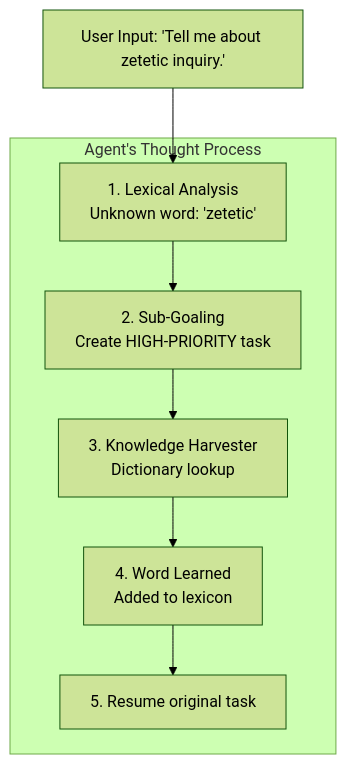
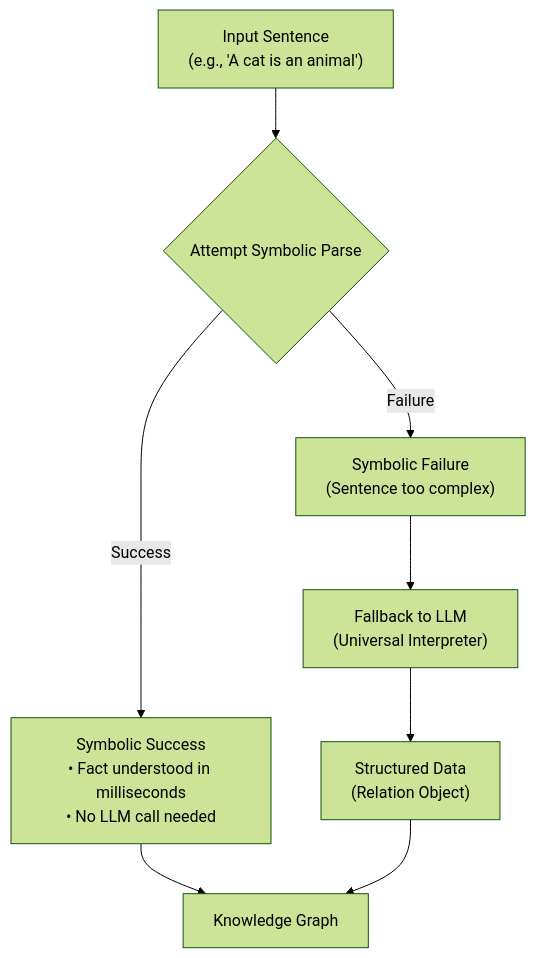
One commit to vicsanity623/Axiom-Agent changed the second of 3 diagrams in README.md. Above: the diagram before and after it, drawn with Mermaid. The commit also changed other lines of this file and 26 other files, not shown here.

````diff
--- a/README.md
+++ b/README.md
@@ -120,15 +49,14 @@
 ```mermaid
-%%{init: {"theme": "forest"}}%%
-graph TD
-    A["User Input: 'Tell me about zetetic inquiry.'"]
-    
-    subgraph ThoughtProcess["Agent's Thought Process"]
-        B["1. Lexical Analysis\nUnknown word: 'zetetic'"]
-        C["2. Sub-Goaling\nCreate HIGH-PRIORITY task"]
-        D["3. Knowledge Harvester\nDictionary lookup"]
-        E["4. Word Learned\nAdded to lexicon"]
-        F["5. Resume original task"]
-    end
+%%{init: { "theme": "forest" }}%%
+flowchart TD
+    A["Input Sentence<br/>(e.g., 'A cat is an animal')"] --> B{Attempt Symbolic Parse}
 
-    A --> B --> C --> D --> E --> F
+    B -- Success --> C["Symbolic Success<br/>• Fact understood in milliseconds<br/>• No LLM call needed"]
+    B -- Failure --> D["Symbolic Failure<br/>(Sentence too complex)"]
+
+    D --> E["Fallback to LLM<br/>(Universal Interpreter)"]
+    E --> F["Structured Data<br/>(Relation Object)"]
+
+    C --> G["Knowledge Graph"]
+    F --> G["Knowledge Graph"]
 ```
````
